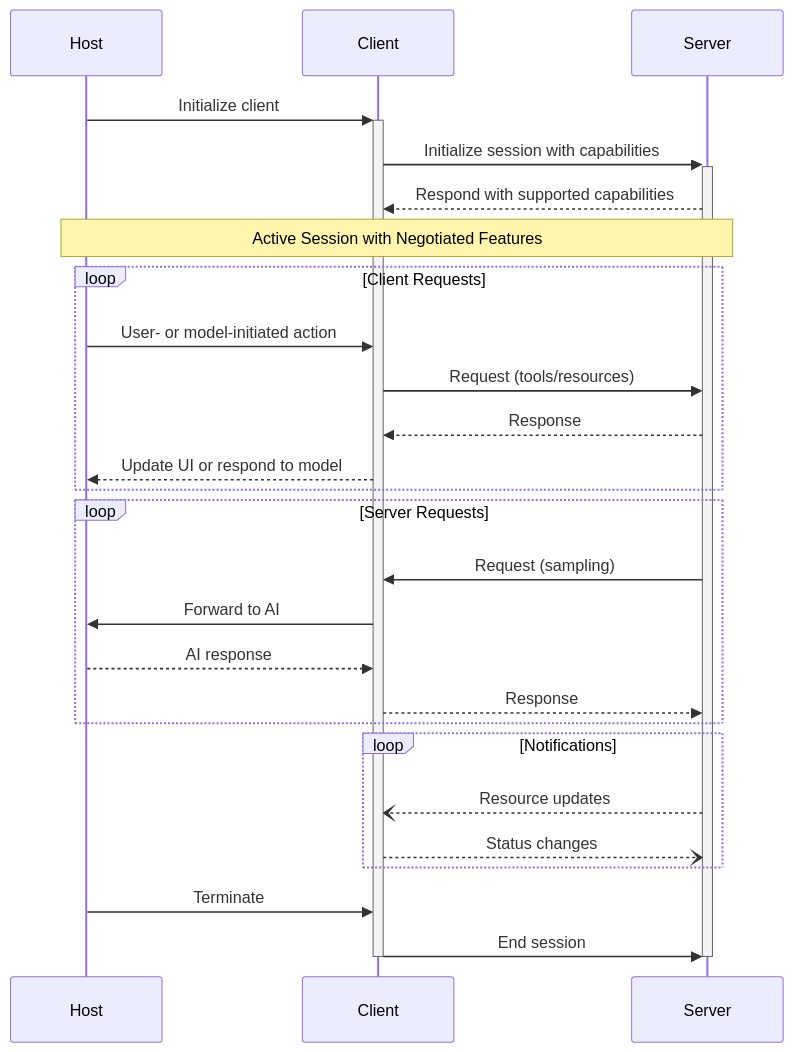
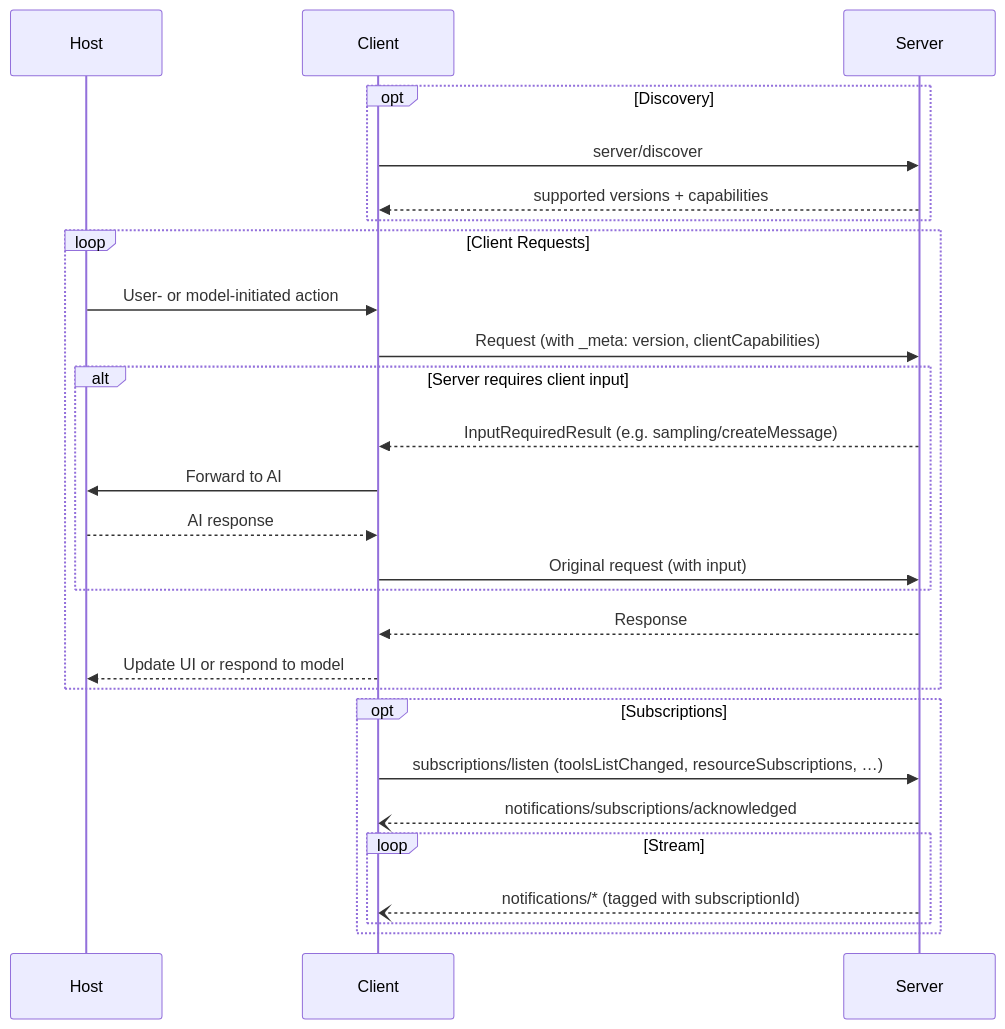
One commit to maguroid/skills changed the second of 2 diagrams in mcp-typescript/references/repos/modelcontextprotocol/docs/specification/draft/architecture/index.mdx. Above: the diagram before and after it, drawn with Mermaid. The commit also changed other lines of this file and 2208 other files, not shown here.

````diff
--- a/mcp-typescript/references/repos/modelcontextprotocol/docs/specification/draft/architecture/index.mdx
+++ b/mcp-typescript/references/repos/modelcontextprotocol/docs/specification/draft/architecture/index.mdx
@@ -126,35 +131,32 @@
 ```mermaid
 sequenceDiagram
     participant Host
     participant Client
     participant Server
 
-    Host->>+Client: Initialize client
-    Client->>+Server: Initialize session with capabilities
-    Server-->>Client: Respond with supported capabilities
-
-    Note over Host,Server: Active Session with Negotiated Features
+    opt Discovery
+        Client->>Server: server/discover
+        Server-->>Client: supported versions + capabilities
+    end
 
     loop Client Requests
         Host->>Client: User- or model-initiated action
-        Client->>Server: Request (tools/resources)
+        Client->>Server: Request (with _meta: version, clientCapabilities)
+        alt Server requires client input
+            Server-->>Client: InputRequiredResult (e.g. sampling/createMessage)
+            Client->>Host: Forward to AI
+            Host-->>Client: AI response
+            Client->>Server: Original request (with input)
+        end
         Server-->>Client: Response
         Client-->>Host: Update UI or respond to model
     end
 
-    loop Server Requests
-        Server->>Client: Request (sampling)
-        Client->>Host: Forward to AI
-        Host-->>Client: AI response
-        Client-->>Server: Response
+    opt Subscriptions
+        Client->>Server: subscriptions/listen (toolsListChanged, resourceSubscriptions, …)
+        Server--)Client: notifications/subscriptions/acknowledged
+        loop Stream
+            Server--)Client: notifications/* (tagged with subscriptionId)
+        end
     end
-
-    loop Notifications
-        Server--)Client: Resource updates
-        Client--)Server: Status changes
-    end
-
-    Host->>Client: Terminate
-    Client->>-Server: End session
-    deactivate Server
 ```
````
